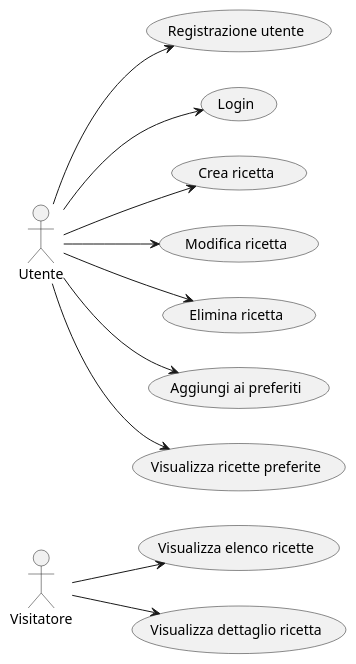
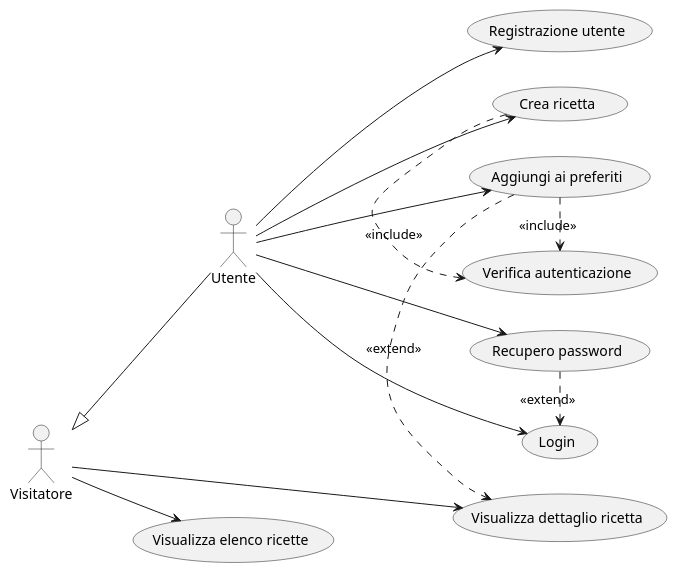
One commit to angelogalantiscuola/IT changed the diagram in _Progetti/5m_Requisiti_UseCase.puml. Above: the diagram before and after it, drawn with PlantUML. The commit also changed 11 other files, not shown here.

```diff
--- a/_Progetti/5m_Requisiti_UseCase.puml
+++ b/_Progetti/5m_Requisiti_UseCase.puml
@@ -1,16 +1,21 @@
 @startuml uc
 left to right direction
 actor Visitatore
 actor Utente
+Visitatore <|-- Utente
 
 Visitatore --> (Visualizza elenco ricette)
 Visitatore --> (Visualizza dettaglio ricetta)
 
 Utente --> (Registrazione utente)
 Utente --> (Login)
+Utente --> (Recupero password)
 Utente --> (Crea ricetta)
-Utente --> (Modifica ricetta)
-Utente --> (Elimina ricetta)
 Utente --> (Aggiungi ai preferiti)
-Utente --> (Visualizza ricette preferite)
+
+(Crea ricetta) .> (Verifica autenticazione) : <<include>>
+(Aggiungi ai preferiti) .> (Verifica autenticazione) : <<include>>
+
+(Recupero password) .> (Login) : <<extend>>
+(Aggiungi ai preferiti) .> (Visualizza dettaglio ricetta) : <<extend>>
 @enduml
```
